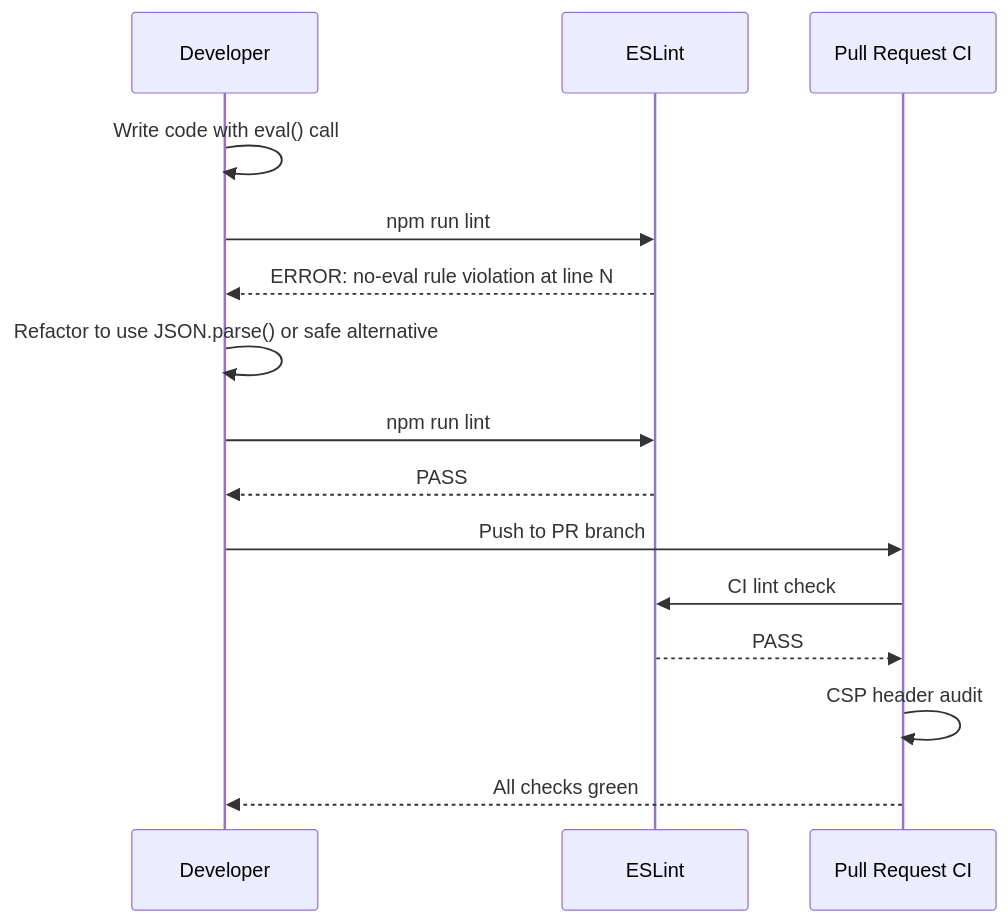
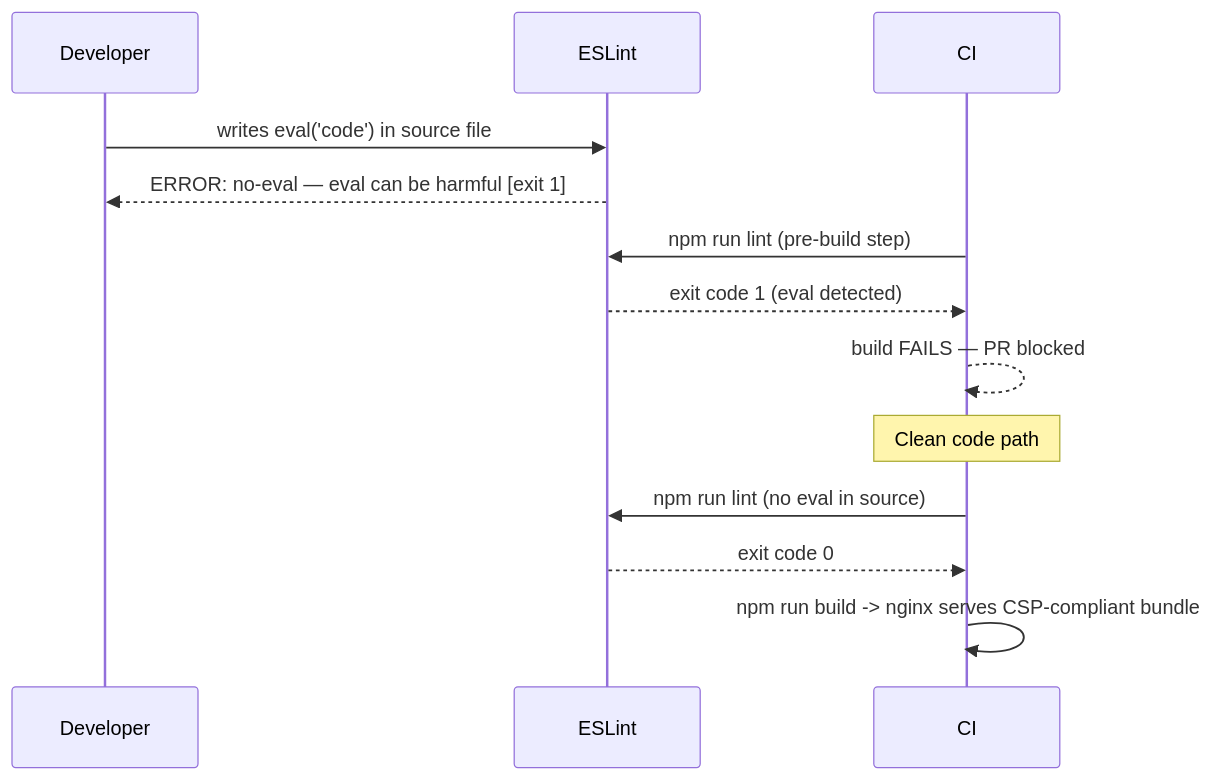
One commit to sreenivasmrpivot/legobuilder changed the third of 4 diagrams in docs/features/NFR-SEC-002/LOW_LEVEL_DESIGN.md. Above: the diagram before and after it, drawn with Mermaid. The commit also changed other lines of this file, not shown here.

First line of the commit message:
docs: LLD for NFR-SEC-002 — Enforce Content Security Policy headers; eliminate inline scripts and eval()

````diff
--- a/docs/features/NFR-SEC-002/LOW_LEVEL_DESIGN.md
+++ b/docs/features/NFR-SEC-002/LOW_LEVEL_DESIGN.md
@@ -360,18 +347,18 @@
 ```mermaid
 sequenceDiagram
-    participant Dev as Developer
-    participant ESLint as ESLint
-    participant PR as Pull Request CI
+    participant Developer
+    participant ESLint
+    participant CI
 
-    Dev->>Dev: Write code with eval() call
-    Dev->>ESLint: npm run lint
-    ESLint-->>Dev: ERROR: no-eval rule violation at line N
-    Dev->>Dev: Refactor to use JSON.parse() or safe alternative
-    Dev->>ESLint: npm run lint
-    ESLint-->>Dev: PASS
-    Dev->>PR: Push to PR branch
-    PR->>ESLint: CI lint check
-    ESLint-->>PR: PASS
-    PR->>PR: CSP header audit
-    PR-->>Dev: All checks green
+    Developer->>ESLint: writes eval('code') in source file
+    ESLint-->>Developer: ERROR: no-eval — eval can be harmful [exit 1]
+
+    CI->>ESLint: npm run lint (pre-build step)
+    ESLint-->>CI: exit code 1 (eval detected)
+    CI-->>CI: build FAILS — PR blocked
+
+    Note over CI: Clean code path
+    CI->>ESLint: npm run lint (no eval in source)
+    ESLint-->>CI: exit code 0
+    CI->>CI: npm run build -> nginx serves CSP-compliant bundle
 ```
````
